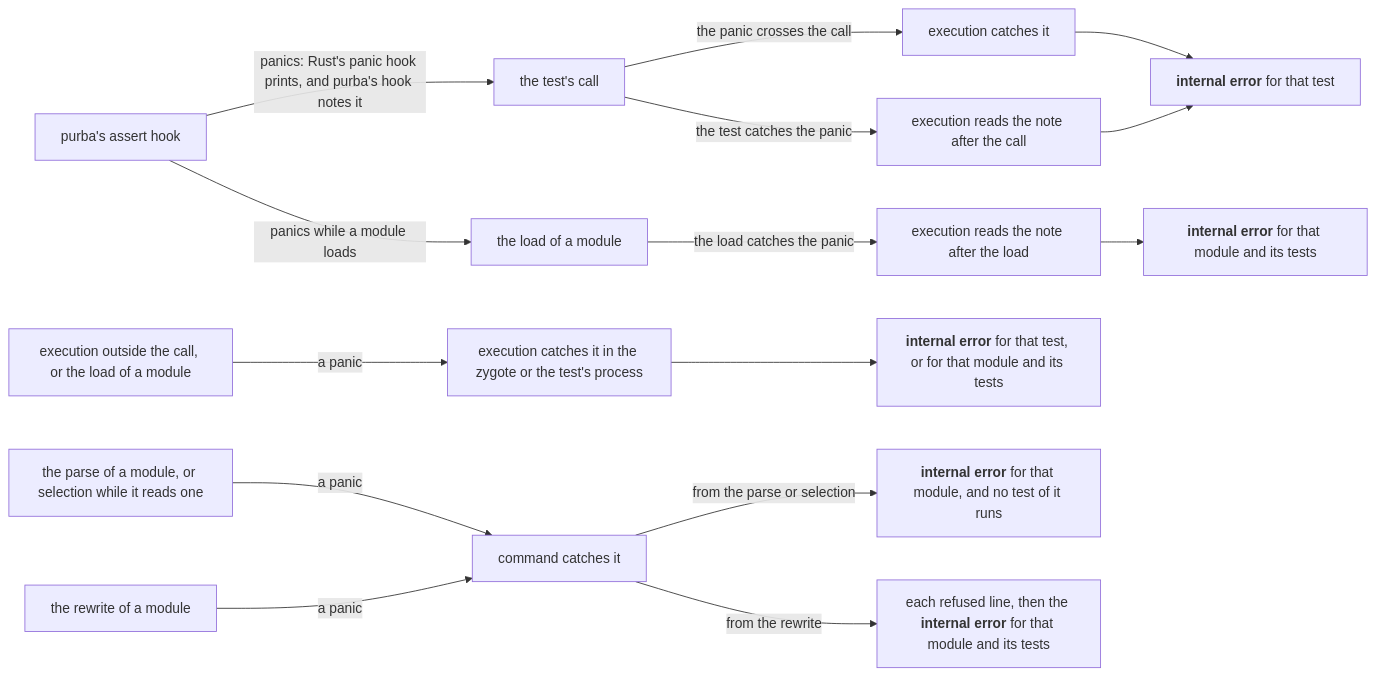
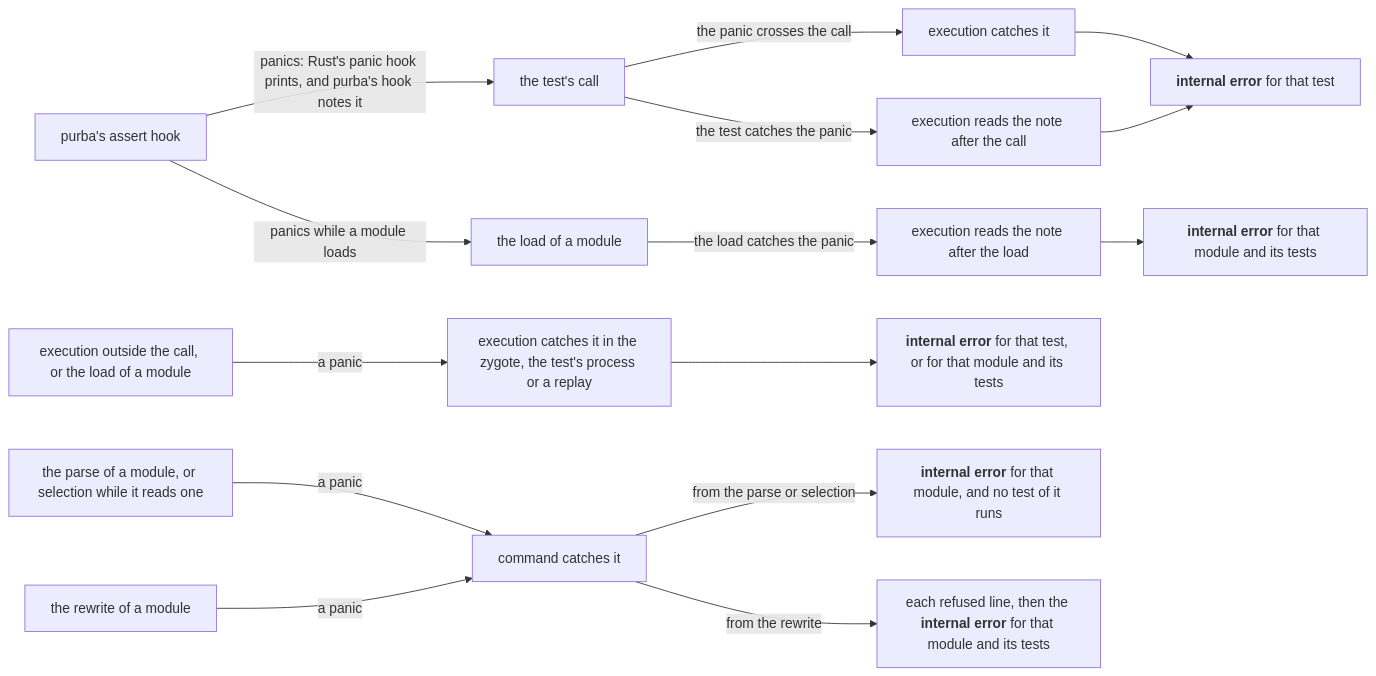
The diagram in docs/decisions/a-panic-inside-a-test-gives-that-test-an-internal-error.md (kalonji-tools/purba), drawn with Mermaid before and after one commit. The commit also changed other lines of this file and 25 other files, not shown here.

````diff
--- a/docs/decisions/a-panic-inside-a-test-gives-that-test-an-internal-error.md
+++ b/docs/decisions/a-panic-inside-a-test-gives-that-test-an-internal-error.md
@@ -34,17 +34,17 @@
 ```mermaid
 flowchart LR
   hook["purba's assert hook"] -- "panics: Rust's panic hook prints, and purba's hook notes it" --> testcall["the test's call"]
   testcall -- "the panic crosses the call" --> execution["execution catches it"]
   testcall -- "the test catches the panic" --> note["execution reads the note after the call"]
   hook -- "panics while a module loads" --> moduleload["the load of a module"]
   moduleload -- "the load catches the panic" --> loadnote["execution reads the note after the load"]
-  other["execution outside the call, or the load of a module"] -- "a panic" --> outer["execution catches it in the zygote or the test's process"]
+  other["execution outside the call, or the load of a module"] -- "a panic" --> outer["execution catches it in the zygote, the test's process or a replay"]
   execution --> test["<b>internal error</b> for that test"]
   note --> test
   loadnote --> loaderror["<b>internal error</b> for that module and its tests"]
   outer --> either["<b>internal error</b> for that test, or for that module and its tests"]
   before["the parse of a module, or selection while it reads one"] -- "a panic" --> command["command catches it"]
   rewrite["the rewrite of a module"] -- "a panic" --> command
   command -- "from the parse or selection" --> module["<b>internal error</b> for that module, and no test of it runs"]
   command -- "from the rewrite" --> rewritten["each refused line, then the <b>internal error</b> for that module and its tests"]
 ```
````
